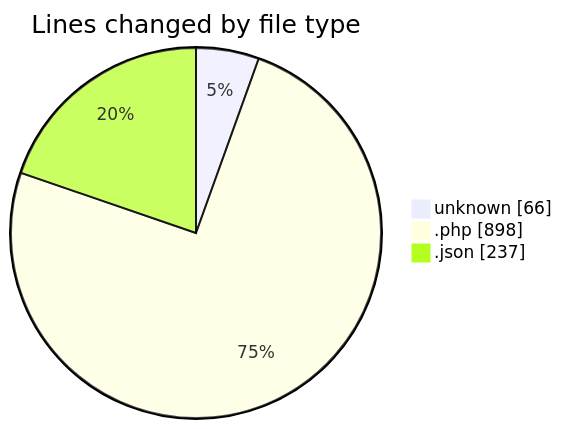
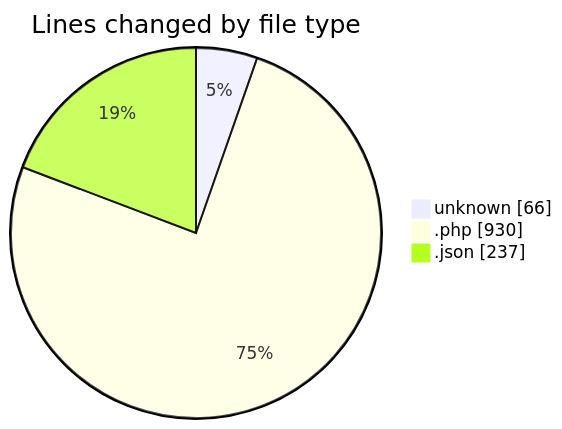
The first of 2 diagrams in 2025-05-27/studio-backend/README.md (idhammustaqopulfikri/code-tracking), drawn with Mermaid before and after one commit. The commit also changed other lines of this file and 1 other file, not shown here.

````diff
--- a/2025-05-27/studio-backend/README.md
+++ b/2025-05-27/studio-backend/README.md
@@ -39,7 +40,7 @@
 ```mermaid
 pie showData
 title Lines changed by file type
 "unknown" : 66
-".php" : 898
+".php" : 930
 ".json" : 237
 ```
````
